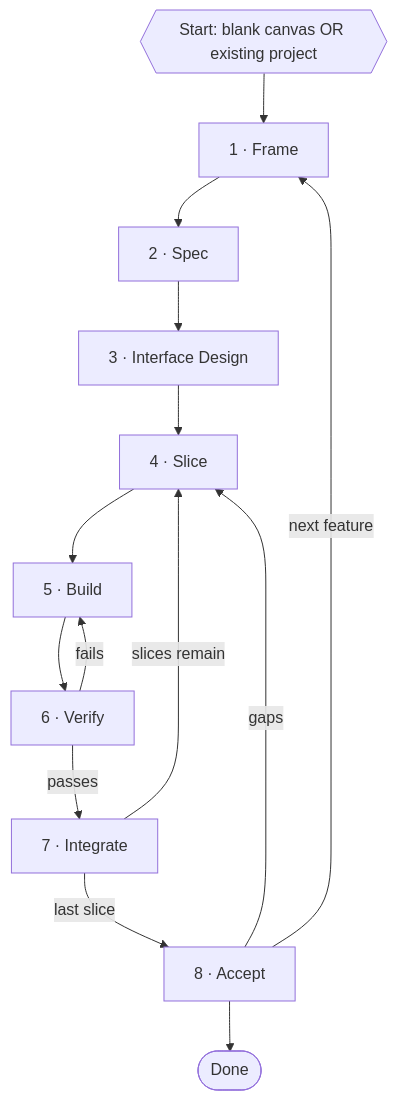
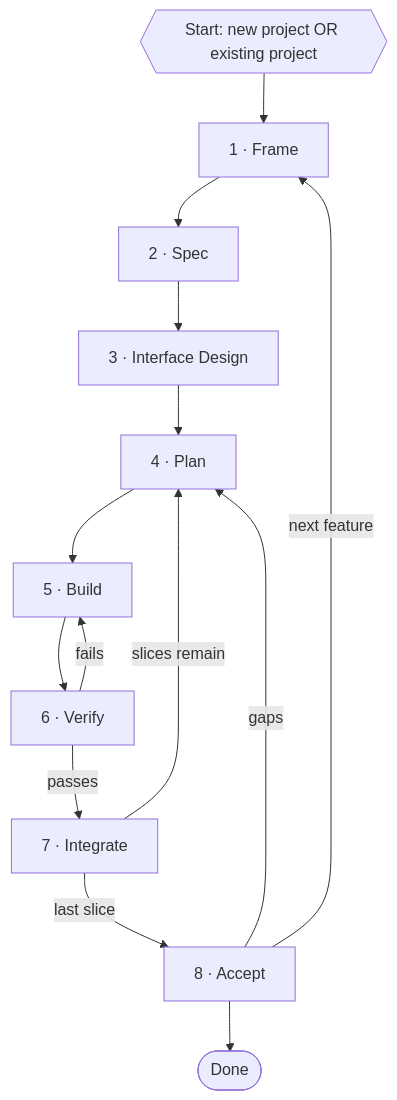
The diagram in .agents/process.md (six5536/superdev), drawn with Mermaid before and after one commit. The commit also changed other lines of this file and 13 other files, not shown here.

First line of the commit message:
feat(process): rename the slice phase to plan and flatten the issue tracker

````diff
--- a/.agents/process.md
+++ b/.agents/process.md
@@ -7,16 +7,16 @@
 ```mermaid
 flowchart TD
-    S{{"Start: blank canvas OR existing project"}} --> F["1 · Frame"]
+    S{{"Start: new project OR existing project"}} --> F["1 · Frame"]
     F --> SP["2 · Spec"]
     SP --> ID["3 · Interface Design"]
-    ID --> SL["4 · Slice"]
-    SL --> BU["5 · Build"]
+    ID --> PL["4 · Plan"]
+    PL --> BU["5 · Build"]
     BU --> VE["6 · Verify"]
     VE -->|"fails"| BU
     VE -->|"passes"| IN["7 · Integrate"]
-    IN -->|"slices remain"| SL
+    IN -->|"slices remain"| PL
     IN -->|"last slice"| AC["8 · Accept"]
-    AC -->|"gaps"| SL
+    AC -->|"gaps"| PL
     AC -->|"next feature"| F
     AC --> DN(["Done"])
 ```
````
